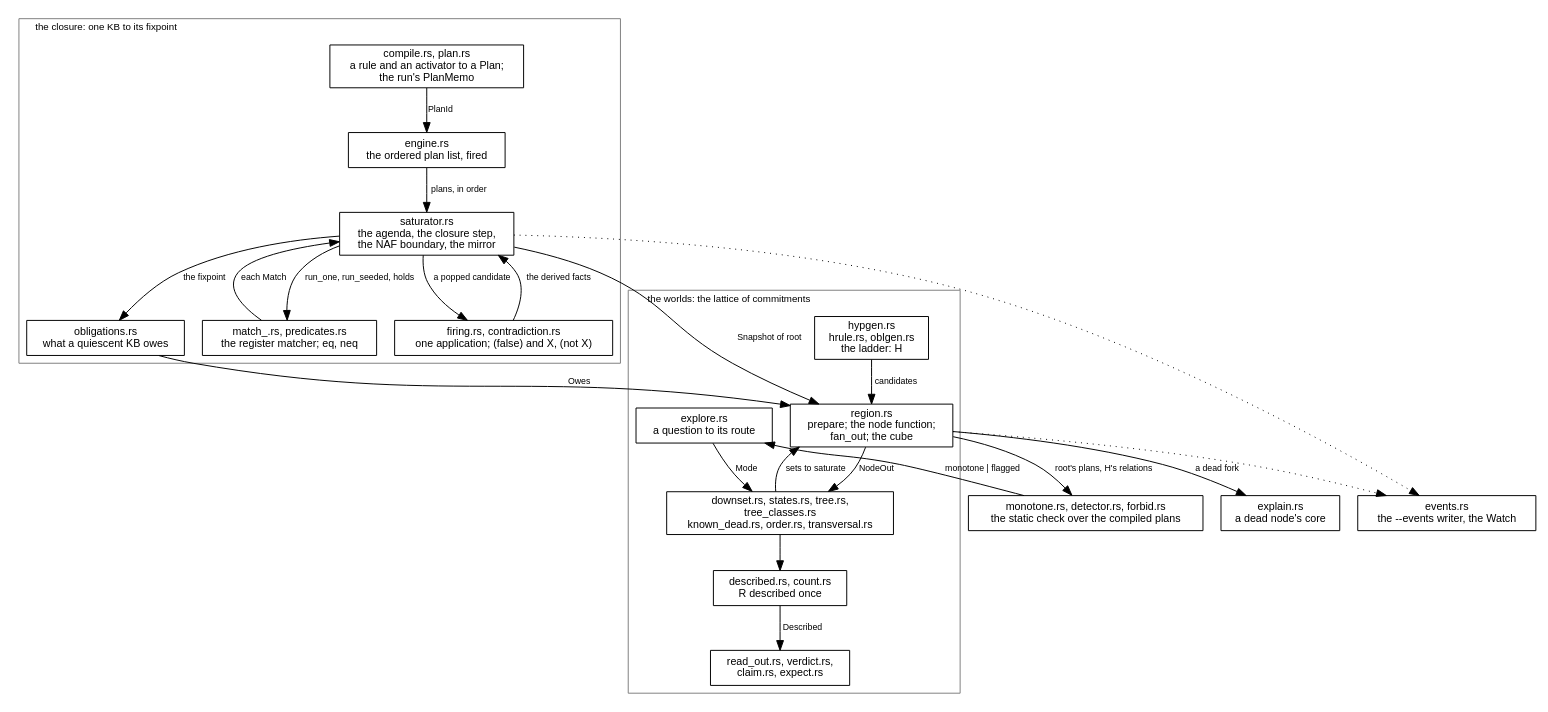
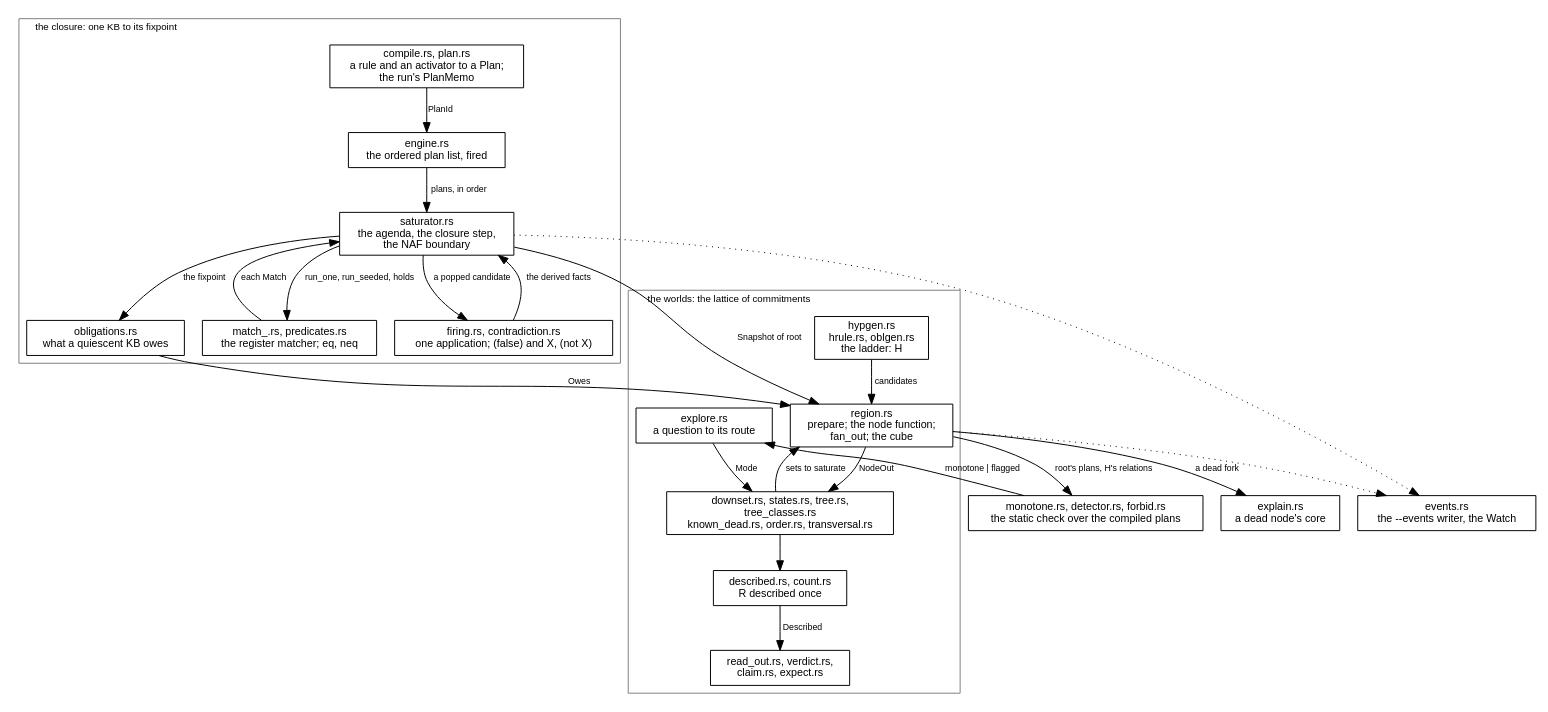
The diagram in docs/ein/ein.rs/diagrams/01-ein-infer-modules.dot (agutikov/ein), drawn with Graphviz before and after one commit. The commit also changed 94 other files, not shown here.

```diff
--- a/docs/ein/ein.rs/diagrams/01-ein-infer-modules.dot
+++ b/docs/ein/ein.rs/diagrams/01-ein-infer-modules.dot
@@ -1,51 +1,51 @@
 digraph ein_infer {
   rankdir=TB;
   node [shape=box, fontname="Helvetica", fontsize=11];
   edge [fontname="Helvetica", fontsize=9];
 
   subgraph cluster_closure {
     label="the closure: one KB to its fixpoint"; labeljust=l; fontname="Helvetica"; fontsize=10; color=gray50;
     compile [label="compile.rs, plan.rs\na rule and an activator to a Plan;\nthe run's PlanMemo"];
     engine  [label="engine.rs\nthe ordered plan list, fired"];
     match   [label="match_.rs, predicates.rs\nthe register matcher; eq, neq"];
-    sat     [label="saturator.rs\nthe agenda, the closure step,\nthe NAF boundary, the mirror"];
+    sat     [label="saturator.rs\nthe agenda, the closure step,\nthe NAF boundary"];
     firing  [label="firing.rs, contradiction.rs\none application; (false) and X, (not X)"];
     obl     [label="obligations.rs\nwhat a quiescent KB owes"];
   }
 
   subgraph cluster_worlds {
     label="the worlds: the lattice of commitments"; labeljust=l; fontname="Helvetica"; fontsize=10; color=gray50;
     hyp     [label="hypgen.rs\nhrule.rs, oblgen.rs\nthe ladder: H"];
     region  [label="region.rs\nprepare; the node function;\nfan_out; the cube"];
     explore [label="explore.rs\na question to its route"];
     routes  [label="downset.rs, states.rs, tree.rs,\ntree_classes.rs\nknown_dead.rs, order.rs, transversal.rs"];
     desc    [label="described.rs, count.rs\nR described once"];
     readout [label="read_out.rs, verdict.rs,\nclaim.rs, expect.rs"];
   }
 
   static  [label="monotone.rs, detector.rs, forbid.rs\nthe static check over the compiled plans"];
   explain [label="explain.rs\na dead node's core"];
   events  [label="events.rs\nthe --events writer, the Watch"];
 
   compile -> engine [label="PlanId"];
   engine  -> sat    [label="plans, in order"];
   sat     -> match  [label="run_one, run_seeded, holds"];
   match   -> sat    [label="each Match"];
   sat     -> firing [label="a popped candidate"];
   firing  -> sat    [label="the derived facts"];
   sat     -> obl    [label="the fixpoint"];
 
   sat     -> region  [label="Snapshot of root"];
   obl     -> region  [label="Owes"];
   hyp     -> region  [label="candidates"];
   region  -> static  [label="root's plans, H's relations"];
   static  -> explore [label="monotone | flagged"];
   explore -> routes  [label="Mode"];
   routes  -> region  [label="sets to saturate"];
   region  -> routes  [label="NodeOut"];
   region  -> explain [label="a dead fork"];
   routes  -> desc;
   desc    -> readout [label="Described"];
   sat     -> events  [style=dotted];
   region  -> events  [style=dotted];
 }
```
